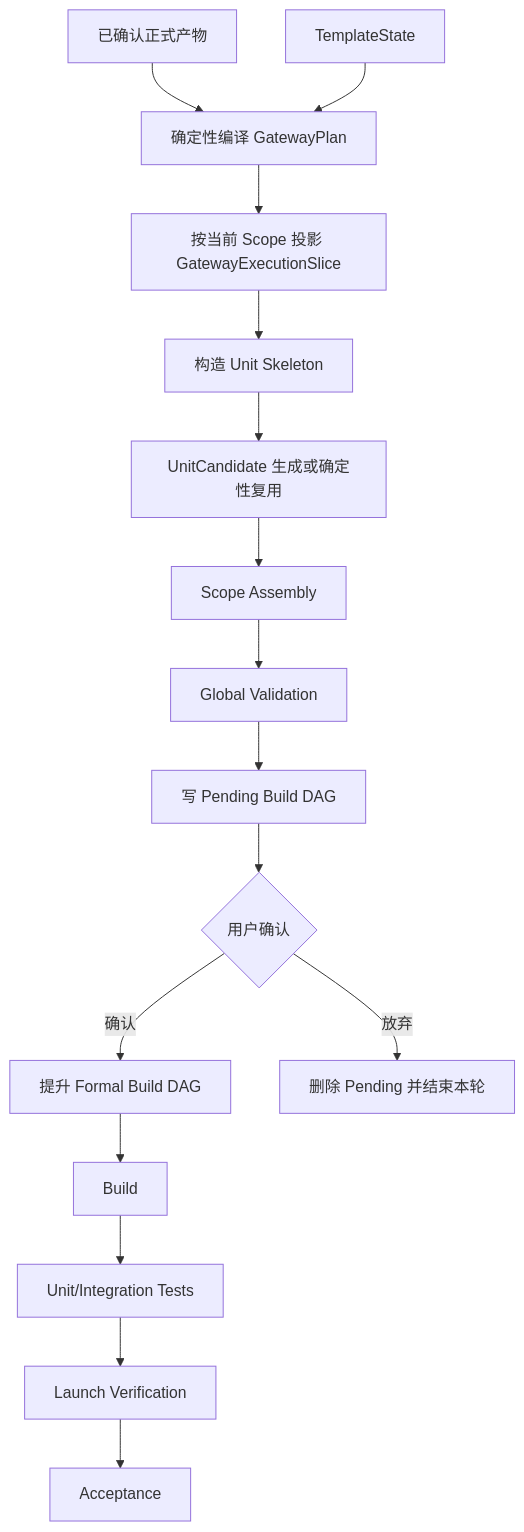
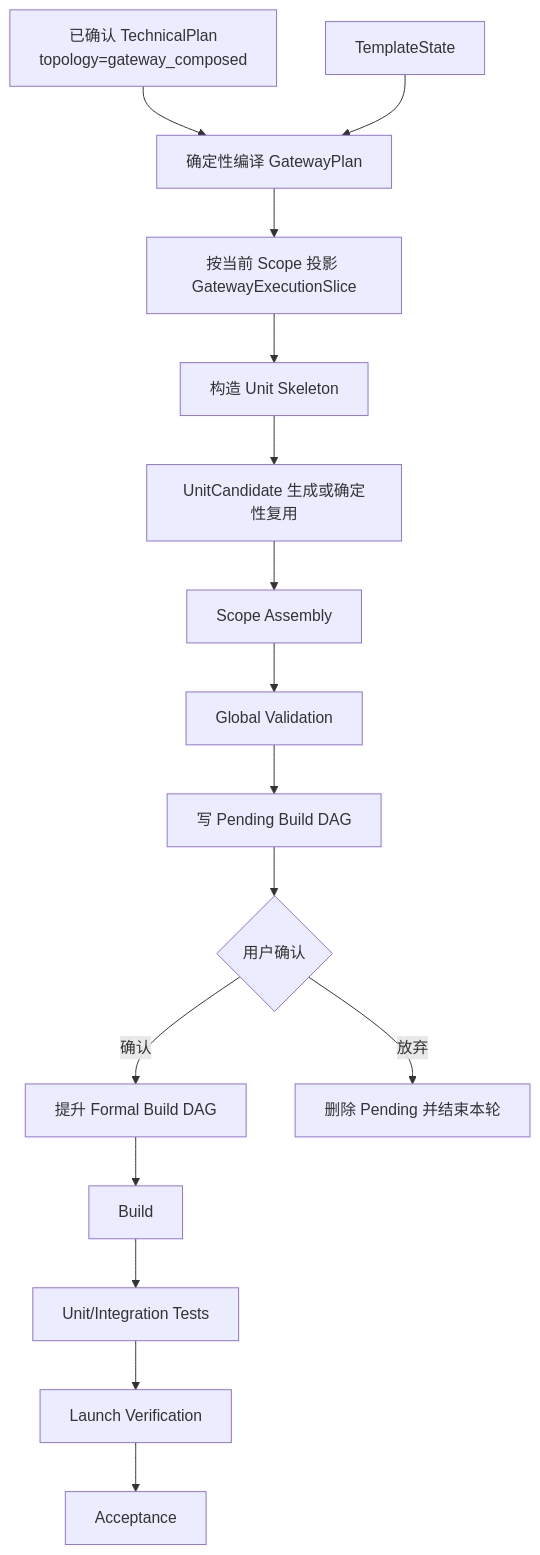
The first of 2 diagrams in docs/gateway/GENERATED_APPLICATION_GATEWAY_BUILD.md (YYYWYF/XCodeAgent), drawn with Mermaid before and after one commit. The commit also changed other lines of this file and 19 other files, not shown here.

````diff
--- a/docs/gateway/GENERATED_APPLICATION_GATEWAY_BUILD.md
+++ b/docs/gateway/GENERATED_APPLICATION_GATEWAY_BUILD.md
@@ -114,18 +114,18 @@
 ```mermaid
 flowchart TD
-    A[已确认正式产物] --> B[确定性编译 GatewayPlan]
+    A[已确认 TechnicalPlan<br/>topology=gateway_composed] --> B[确定性编译 GatewayPlan]
     T[TemplateState] --> B
     B --> C[按当前 Scope 投影 GatewayExecutionSlice]
     C --> D[构造 Unit Skeleton]
     D --> E[UnitCandidate 生成或确定性复用]
     E --> F[Scope Assembly]
     F --> G[Global Validation]
     G --> H[写 Pending Build DAG]
     H --> I{用户确认}
     I -->|确认| J[提升 Formal Build DAG]
     I -->|放弃| K[删除 Pending 并结束本轮]
     J --> L[Build]
     L --> M[Unit/Integration Tests]
     M --> N[Launch Verification]
     N --> O[Acceptance]
 ```
````
